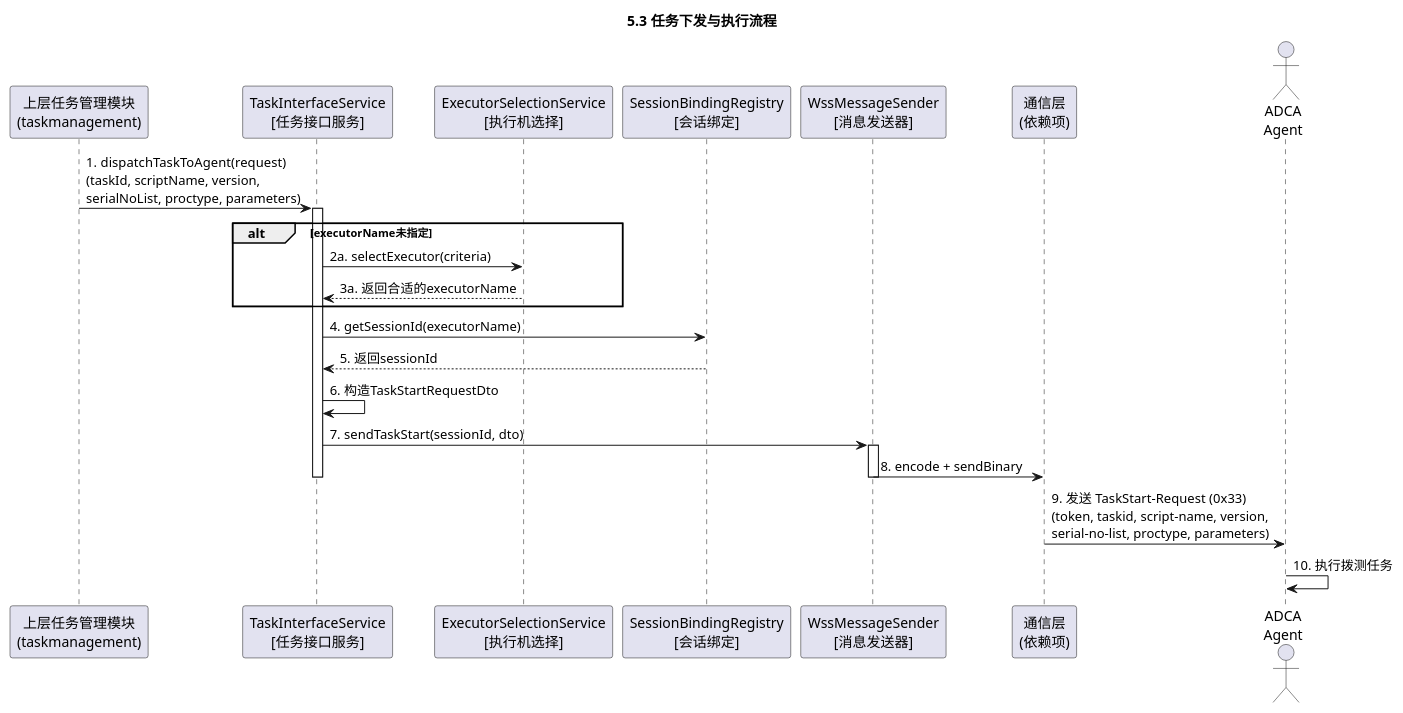
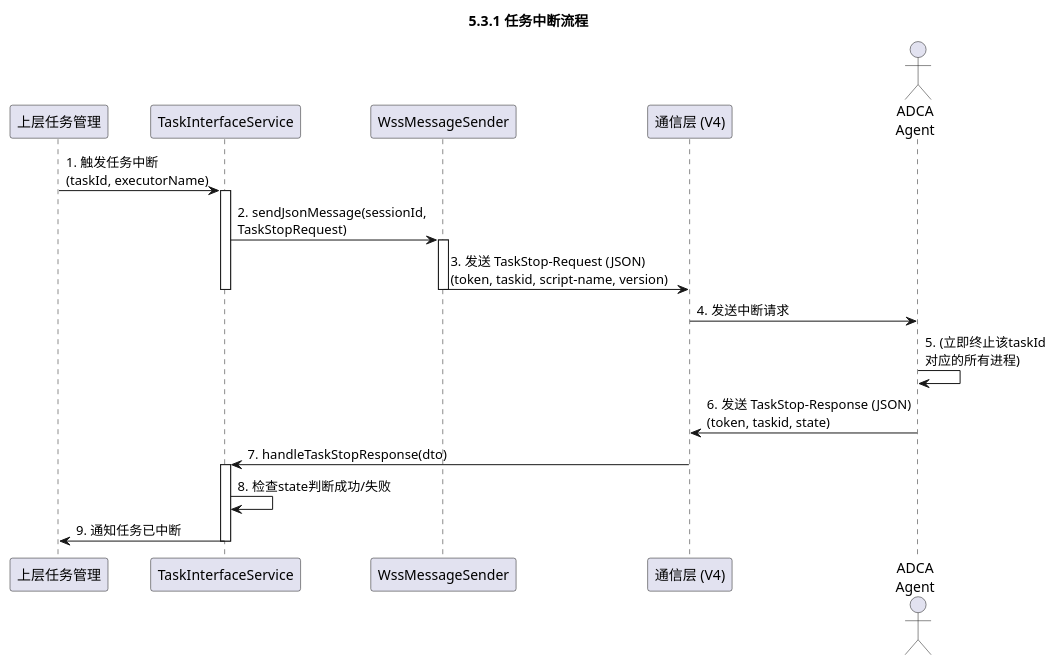
The sixth of 10 diagrams in AR软件实现设计文档/执行机管理/执行机管理-业务逻辑设计.md (GuiHongli/DialTestCenter), drawn with PlantUML before and after one commit. The commit also changed other lines of this file and 48 other files, not shown here.

````diff
--- a/AR软件实现设计文档/执行机管理/执行机管理-业务逻辑设计.md
+++ b/AR软件实现设计文档/执行机管理/执行机管理-业务逻辑设计.md
@@ -601,37 +541,32 @@
 ```plantuml
 @startuml
-title 5.3 任务下发与执行流程
+title 5.3.1 任务中断流程
 
-participant "上层任务管理模块\n(taskmanagement)" as TaskMgmt
-participant "TaskInterfaceService\n[任务接口服务]" as TaskService
-participant "ExecutorSelectionService\n[执行机选择]" as SelectionService
-participant "SessionBindingRegistry\n[会话绑定]" as BindingRegistry
-participant "WssMessageSender\n[消息发送器]" as Sender
-participant "通信层\n(依赖项)" as CommLayer
+participant "上层任务管理" as TaskMgmt
+participant "TaskInterfaceService" as TaskService
+participant "WssMessageSender" as Sender
+participant "通信层 (V4)" as CommLayer
 actor "ADCA\nAgent" as Agent
 
-TaskMgmt -> TaskService : 1. dispatchTaskToAgent(request)\n(taskId, scriptName, version,\nserialNoList, proctype, parameters)
-
+TaskMgmt -> TaskService : 1. 触发任务中断\n(taskId, executorName)
 activate TaskService
-    alt executorName未指定
-        TaskService -> SelectionService : 2a. selectExecutor(criteria)
-        SelectionService --> TaskService : 3a. 返回合适的executorName
-    end
-    
-    TaskService -> BindingRegistry : 4. getSessionId(executorName)
-    BindingRegistry --> TaskService : 5. 返回sessionId
-    
-    TaskService -> TaskService : 6. 构造TaskStartRequestDto
-    TaskService -> Sender : 7. sendTaskStart(sessionId, dto)
-    
+    TaskService -> Sender : 2. sendJsonMessage(sessionId,\nTaskStopRequest)
     activate Sender
-        Sender -> CommLayer : 8. encode + sendBinary
+        Sender -> CommLayer : 3. 发送 TaskStop-Request (JSON)\n(token, taskid, script-name, version)
     deactivate Sender
 deactivate TaskService
 
-CommLayer -> Agent : 9. 发送 TaskStart-Request (0x33)\n(token, taskid, script-name, version,\nserial-no-list, proctype, parameters)
+CommLayer -> Agent : 4. 发送中断请求
 
-Agent -> Agent : 10. 执行拨测任务
+Agent -> Agent : 5. (立即终止该taskId\n对应的所有进程)
+
+Agent -> CommLayer : 6. 发送 TaskStop-Response (JSON)\n(token, taskid, state)
+
+CommLayer -> TaskService : 7. handleTaskStopResponse(dto)
+activate TaskService
+    TaskService -> TaskService : 8. 检查state判断成功/失败
+    TaskService -> TaskMgmt : 9. 通知任务已中断
+deactivate TaskService
 
 @enduml
 ```
````
